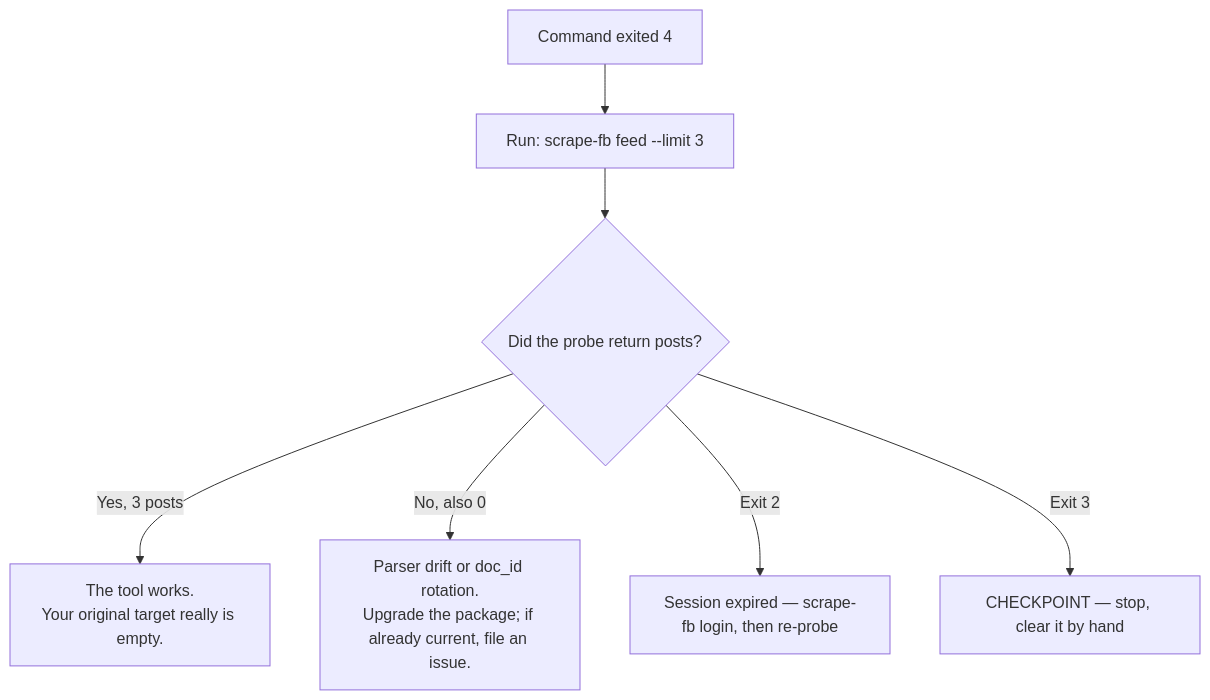
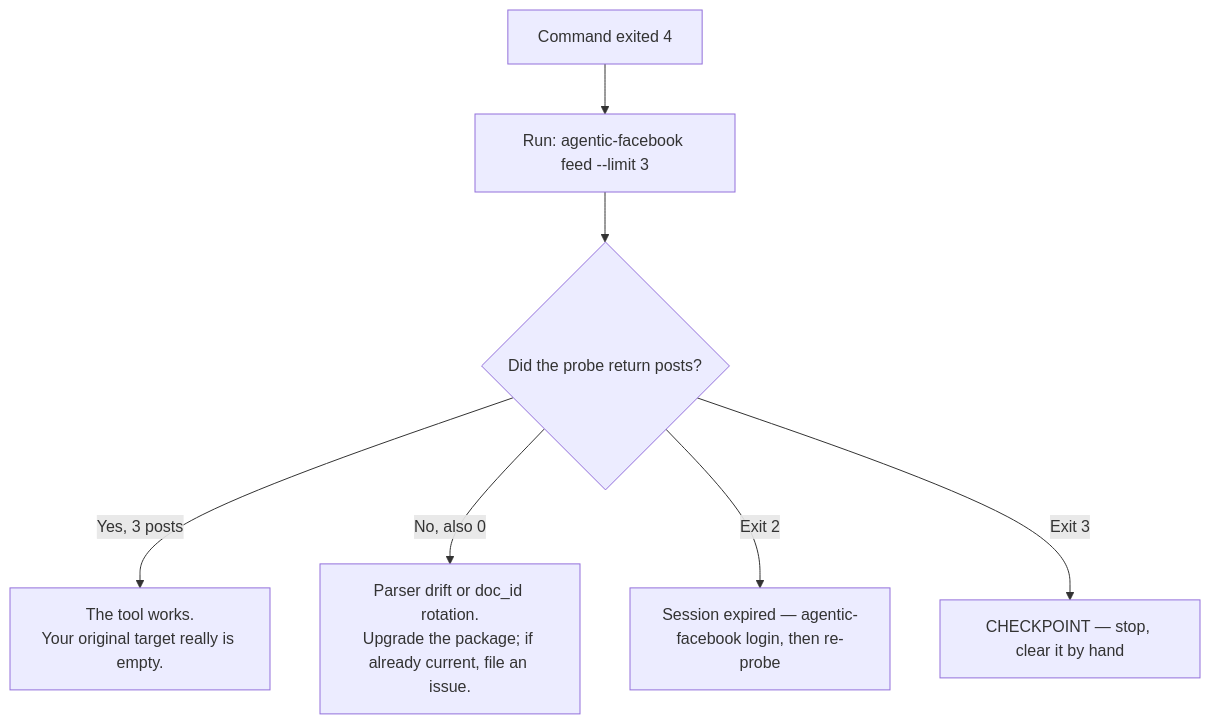
The diagram in docs/wiki/FAQ-and-Troubleshooting.md (tjdwls101010/Scraper-for-Facebook), drawn with Mermaid before and after one commit. The commit also changed other lines of this file and 59 other files, not shown here.

First line of the commit message:
Rename to Agentic Facebook (package, CLI, module, docs) (#1)

````diff
--- a/docs/wiki/FAQ-and-Troubleshooting.md
+++ b/docs/wiki/FAQ-and-Troubleshooting.md
@@ -55,9 +55,9 @@
 ```mermaid
 flowchart TD
-    A[Command exited 4] --> B[Run: scrape-fb feed --limit 3]
+    A[Command exited 4] --> B[Run: agentic-facebook feed --limit 3]
     B --> C{Did the probe return posts?}
     C -->|Yes, 3 posts| D[The tool works.<br/>Your original target really is empty.]
     C -->|No, also 0| E[Parser drift or doc_id rotation.<br/>Upgrade the package; if already current, file an issue.]
-    C -->|Exit 2| F[Session expired — scrape-fb login, then re-probe]
+    C -->|Exit 2| F[Session expired — agentic-facebook login, then re-probe]
     C -->|Exit 3| G[CHECKPOINT — stop, clear it by hand]
 ```
````
